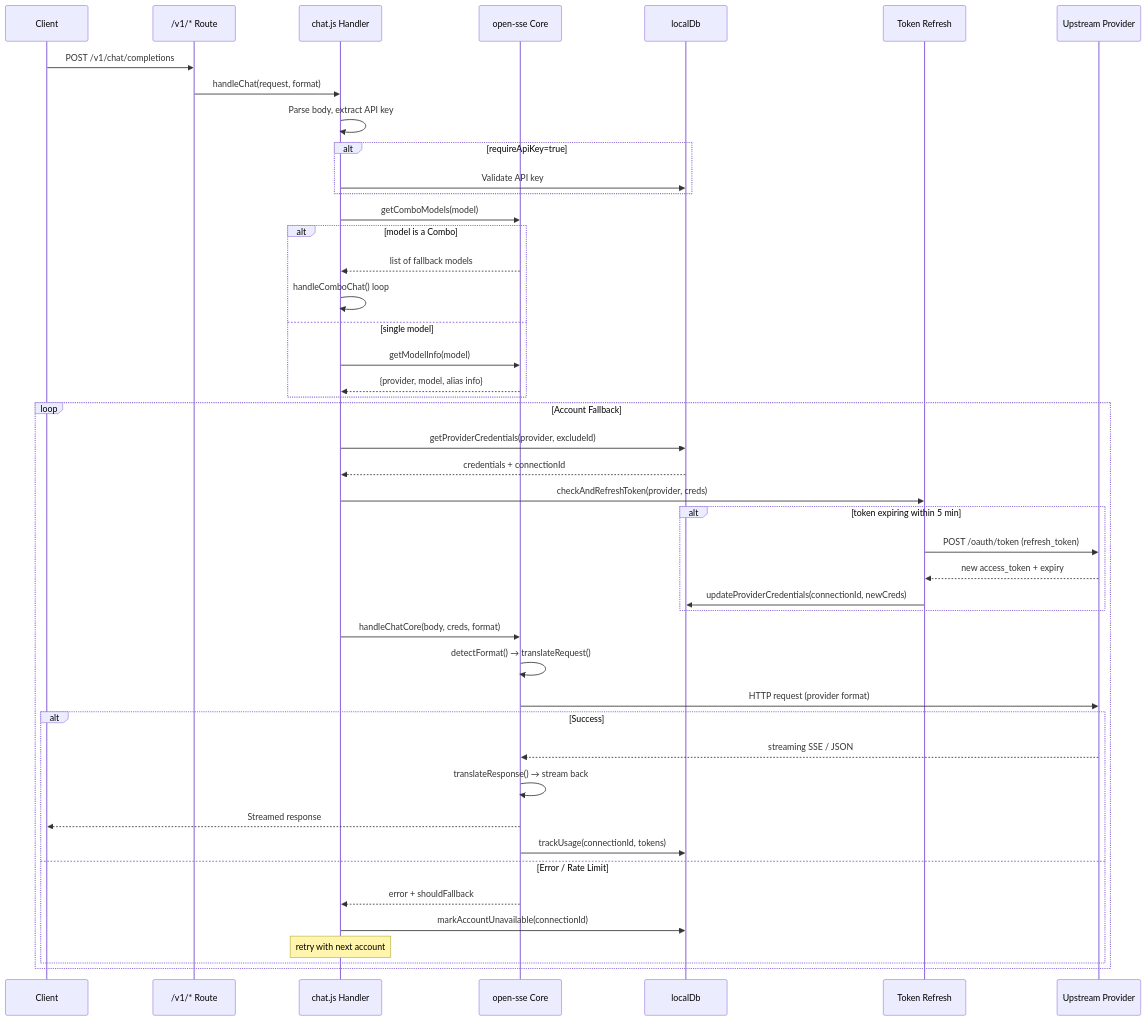
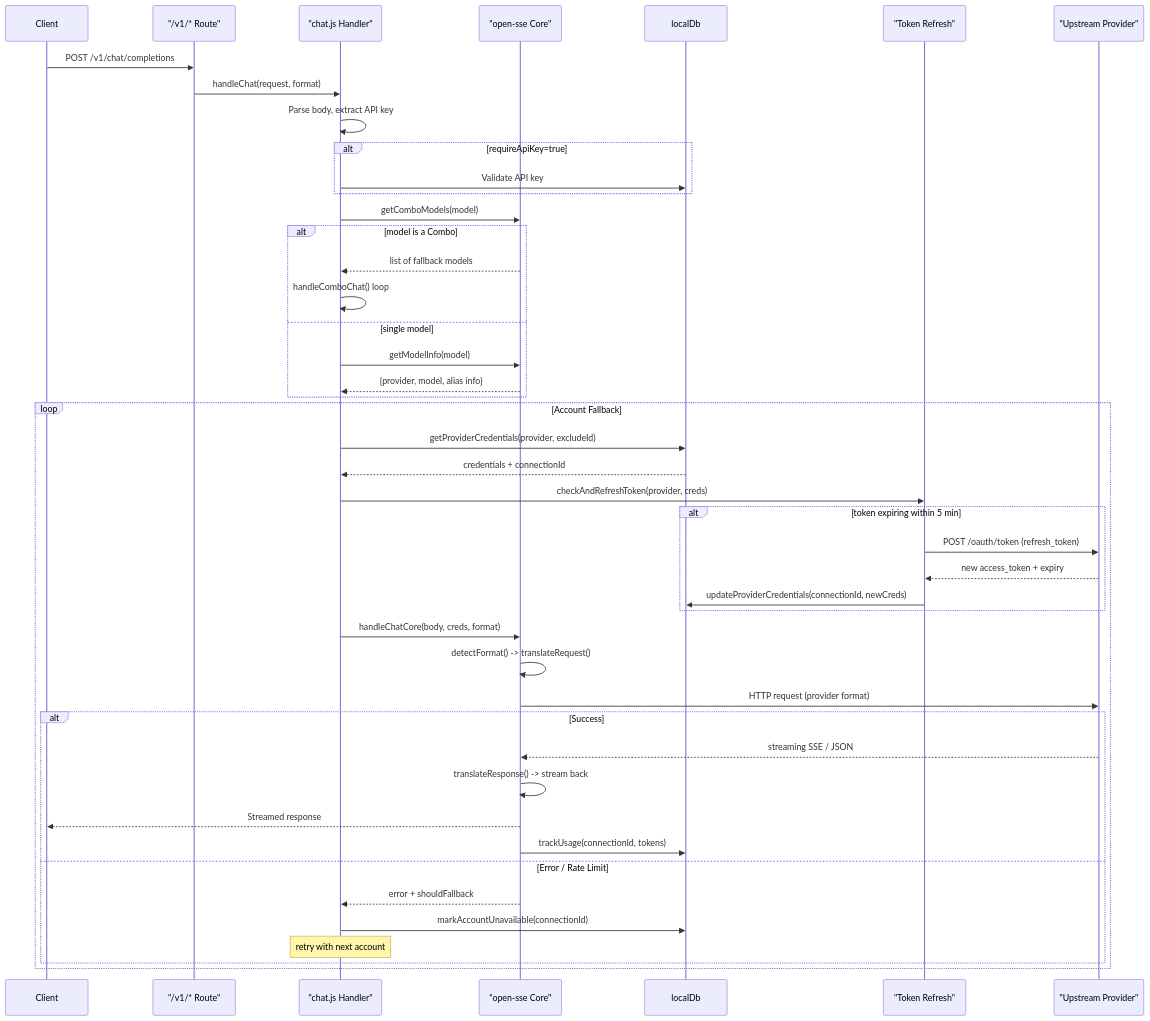
Before and after one commit to dt418/9router-docker: the second of 9 diagrams in docs/DIAGRAMS.md, drawn with Mermaid. The commit also changed other lines of this file and 1 other file, not shown here.

Commit message:
docs: fix mermaid diagram rendering issues

````diff
--- a/docs/DIAGRAMS.md
+++ b/docs/DIAGRAMS.md
@@ -100,54 +100,54 @@
 ```mermaid
 sequenceDiagram
     participant Client
-    participant API as /v1/* Route
-    participant Handler as chat.js Handler
-    participant OSS as open-sse Core
+    participant API as "/v1/* Route"
+    participant Handler as "chat.js Handler"
+    participant OSS as "open-sse Core"
     participant DB as localDb
-    participant Refresh as Token Refresh
-    participant Upstream as Upstream Provider
+    participant Refresh as "Token Refresh"
+    participant Upstream as "Upstream Provider"
 
     Client->>API: POST /v1/chat/completions
     API->>Handler: handleChat(request, format)
 
     Handler->>Handler: Parse body, extract API key
     alt requireApiKey=true
         Handler->>DB: Validate API key
     end
 
     Handler->>OSS: getComboModels(model)
     alt model is a Combo
         OSS-->>Handler: list of fallback models
         Handler->>Handler: handleComboChat() loop
     else single model
         Handler->>OSS: getModelInfo(model)
         OSS-->>Handler: {provider, model, alias info}
     end
 
     loop Account Fallback
         Handler->>DB: getProviderCredentials(provider, excludeId)
         DB-->>Handler: credentials + connectionId
 
         Handler->>Refresh: checkAndRefreshToken(provider, creds)
         alt token expiring within 5 min
             Refresh->>Upstream: POST /oauth/token (refresh_token)
             Upstream-->>Refresh: new access_token + expiry
             Refresh->>DB: updateProviderCredentials(connectionId, newCreds)
         end
 
         Handler->>OSS: handleChatCore(body, creds, format)
-        OSS->>OSS: detectFormat() → translateRequest()
+        OSS->>OSS: detectFormat() -> translateRequest()
         OSS->>Upstream: HTTP request (provider format)
 
         alt Success
             Upstream-->>OSS: streaming SSE / JSON
-            OSS->>OSS: translateResponse() → stream back
+            OSS->>OSS: translateResponse() -> stream back
             OSS-->>Client: Streamed response
             OSS->>DB: trackUsage(connectionId, tokens)
         else Error / Rate Limit
             OSS-->>Handler: error + shouldFallback
             Handler->>DB: markAccountUnavailable(connectionId)
             Note over Handler: retry with next account
         end
     end
 ```
````
